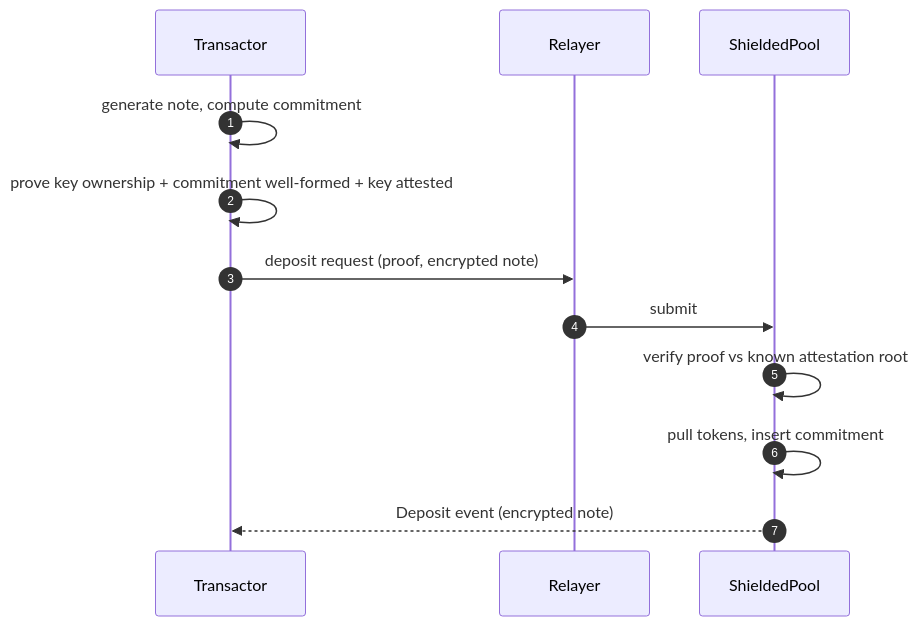
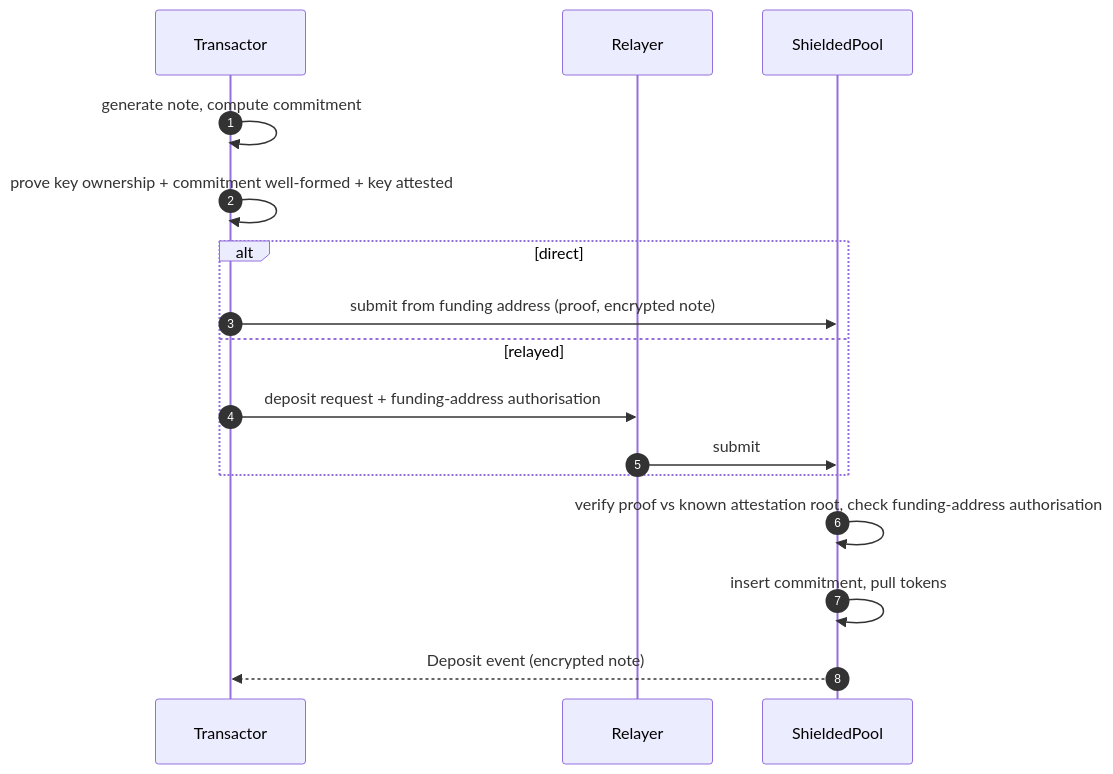
One commit to ethsystems/specs changed the first of 3 diagrams in specs/2/README.md. Above: the diagram before and after it, drawn with Mermaid. The commit also changed other lines of this file, not shown here.

Commit message:
spec(2): require funding-address authorisation on deposit
The funding address is a free public input. Pulling from it without
proof that it authorised the deposit lets any attested key holder mint
a note against another address's outstanding ERC-20 allowance. Require
msg.sender == funding_address or a signature by the funding address over
the public inputs, chain id, and pool address. Update the deposit flow
and drop the stale 'not yet implemented' note.

````diff
--- a/specs/2/README.md
+++ b/specs/2/README.md
@@ -152,14 +152,18 @@
 ```mermaid
 sequenceDiagram
     autonumber
     participant T as Transactor
     participant R as Relayer
     participant P as ShieldedPool
     T->>T: generate note, compute commitment
     T->>T: prove key ownership + commitment well-formed + key attested
-    T->>R: deposit request (proof, encrypted note)
-    R->>P: submit
-    P->>P: verify proof vs known attestation root
-    P->>P: pull tokens, insert commitment
+    alt direct
+        T->>P: submit from funding address (proof, encrypted note)
+    else relayed
+        T->>R: deposit request + funding-address authorisation
+        R->>P: submit
+    end
+    P->>P: verify proof vs known attestation root, check funding-address authorisation
+    P->>P: insert commitment, pull tokens
     P-->>T: Deposit event (encrypted note)
 ```
````
